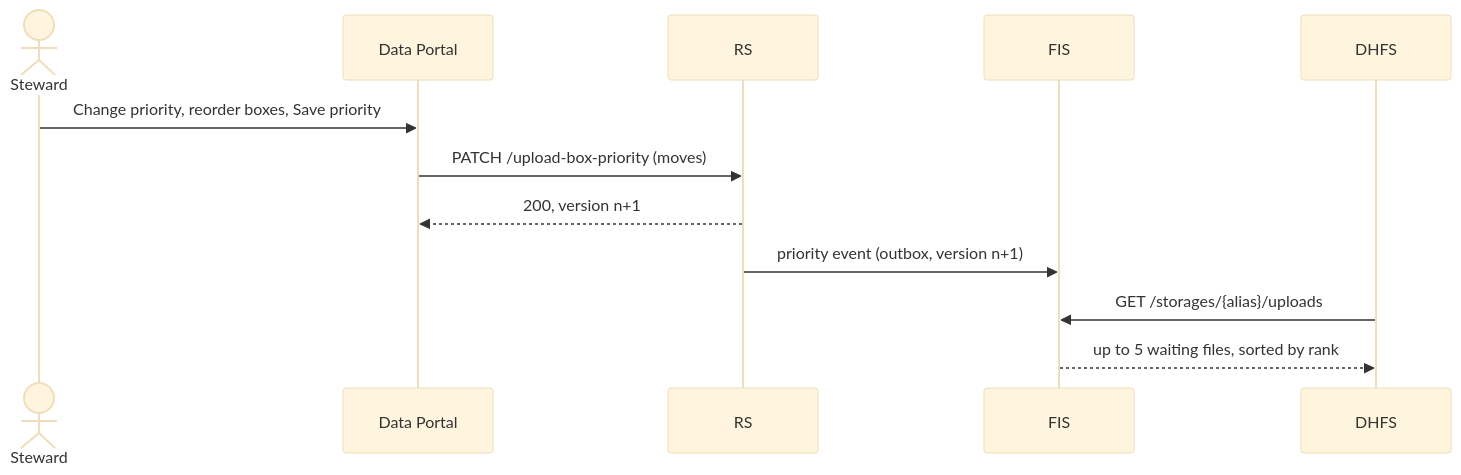
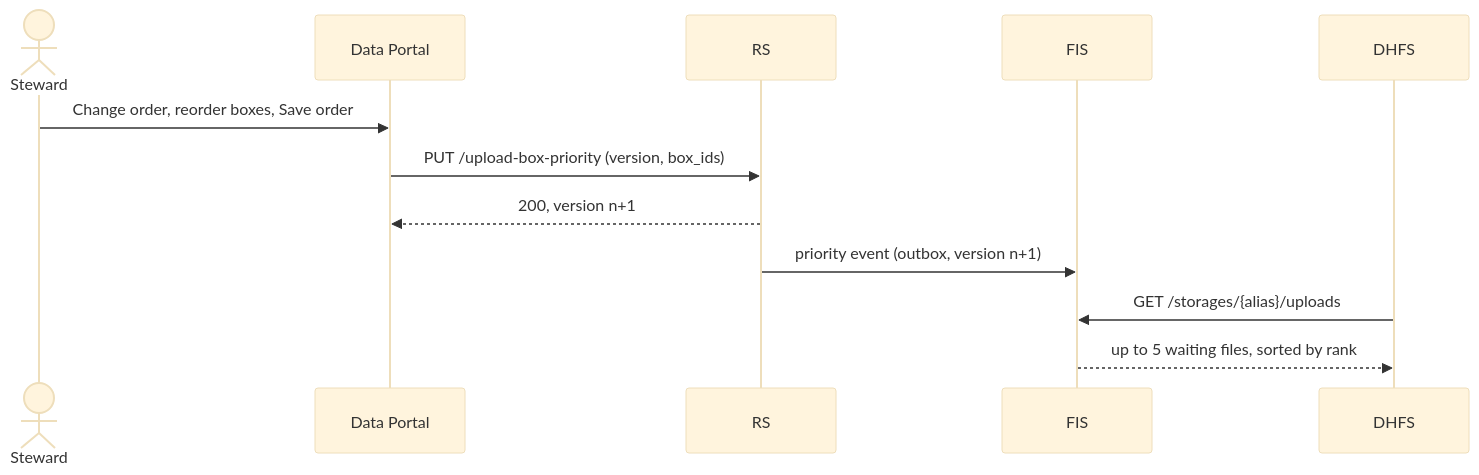
The diagram in docs/epics/epic-0095-shoebill/README.md (ghga-de/ghga), drawn with Mermaid (base theme) before and after one commit. The commit also changed other lines of this file and 106 other files, not shown here.

First line of the commit message:
Shoebill Epic: Box Priority Feature (GSI-2741) (#549)

````diff
--- a/docs/epics/epic-0095-shoebill/README.md
+++ b/docs/epics/epic-0095-shoebill/README.md
@@ -125,14 +120,14 @@
 ```mermaid
 sequenceDiagram
     actor Steward
     participant Portal as Data Portal
     participant RS
     participant FIS
     participant DHFS
-    Steward->>Portal: Change priority, reorder boxes, Save priority
-    Portal->>RS: PATCH /upload-box-priority (moves)
+    Steward->>Portal: Change order, reorder boxes, Save order
+    Portal->>RS: PUT /upload-box-priority (version, box_ids)
     RS-->>Portal: 200, version n+1
     RS->>FIS: priority event (outbox, version n+1)
     DHFS->>FIS: GET /storages/{alias}/uploads
     FIS-->>DHFS: up to 5 waiting files, sorted by rank
 ```
````
